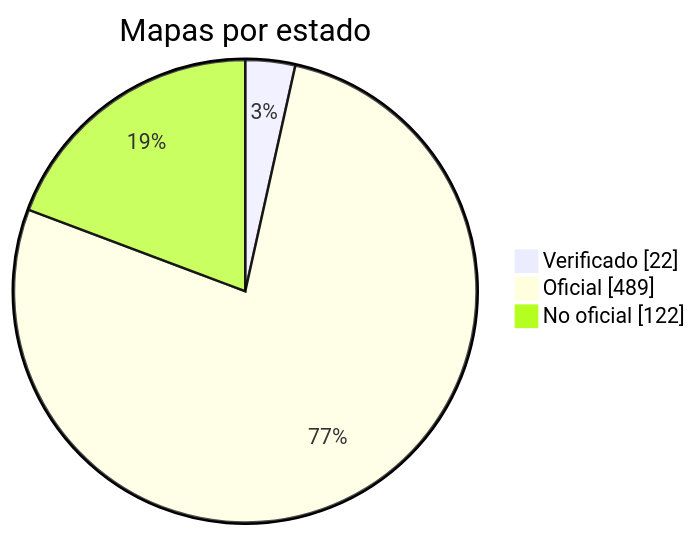
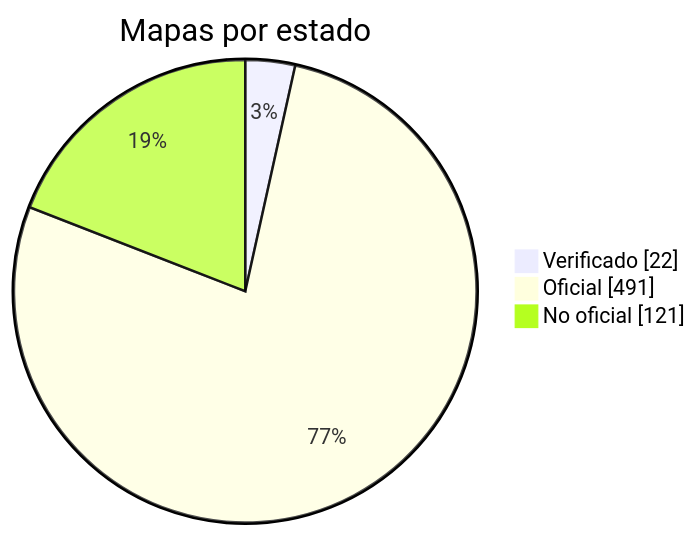
Before and after one commit to nobrega8/mbmap-library: the diagram in docs/readme/README_ES.md, drawn with Mermaid. The commit also changed 7 other files, not shown here.

````diff
--- a/docs/readme/README_ES.md
+++ b/docs/readme/README_ES.md
@@ -54,7 +54,7 @@
 ```mermaid
 pie showData
     title Mapas por estado
     "Verificado" : 22
-    "Oficial" : 489
-    "No oficial" : 122
+    "Oficial" : 491
+    "No oficial" : 121
 ```
````
